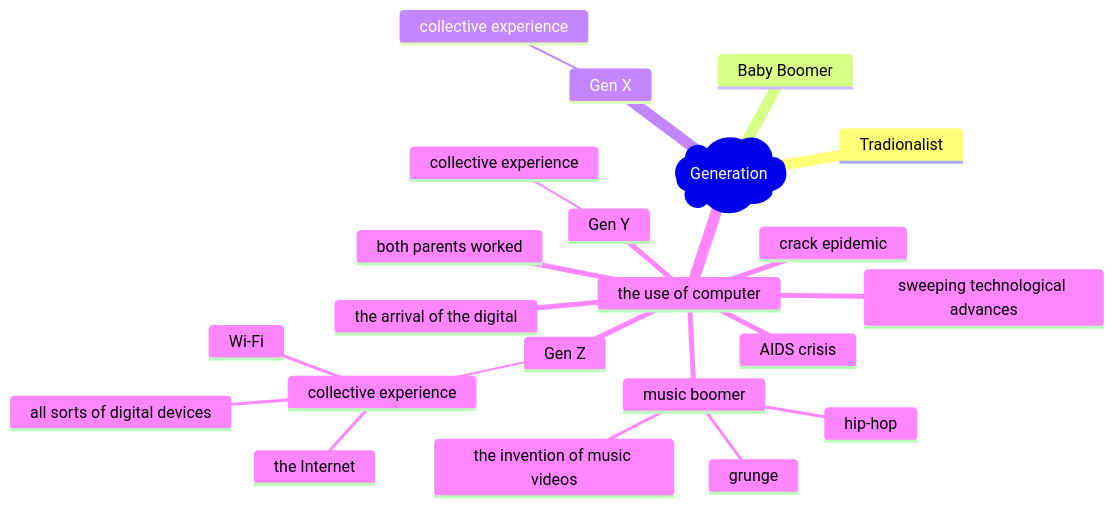
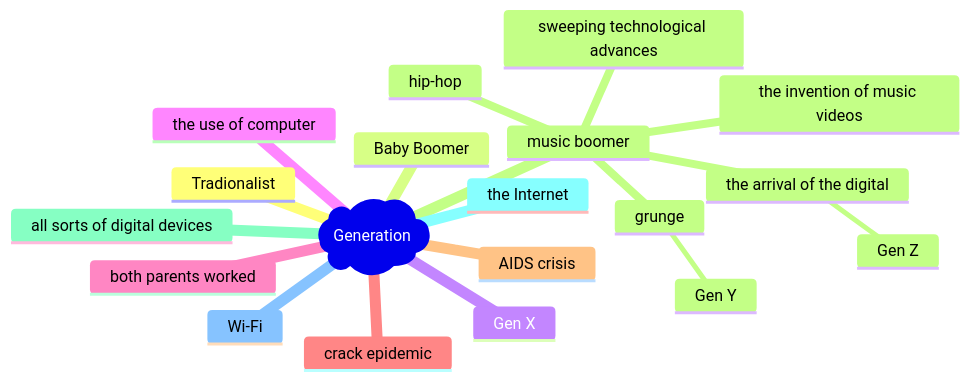
The diagram in 英语第一次作业.md (Charlie929-dot/charlie_vault), drawn with Mermaid before and after one commit. The commit also changed 1 other file, not shown here.

Commit message:
vault backup: 2026-03-03 10:27:06

````diff
--- a/英语第一次作业.md
+++ b/英语第一次作业.md
@@ -3,25 +3,22 @@
 ```mermaid
 mindmap
   root)Generation(
 	    Tradionalist
 	    Baby Boomer
 	    Gen X
-		    collective experience
-				the use of computer
-			    both parents worked
-			    crack epidemic
-			    AIDS crisis
-			    music boomer
-				    the invention of music videos
-				    hip-hop
-				    grunge
+			the use of computer
+			both parents worked
+			crack epidemic
+			AIDS crisis
+			music boomer
+				the invention of music videos
+				hip-hop
+				grunge
 	    Gen Y
-		    collective experience
-				 sweeping technological advances
-				 the arrival of the digital 
+			 sweeping technological advances
+			 the arrival of the digital 
 	    Gen Z
-		    collective experience
-			    all sorts of digital devices
-			    the Internet
-			    Wi-Fi
+			all sorts of digital devices
+			the Internet
+			Wi-Fi
 ```
````
